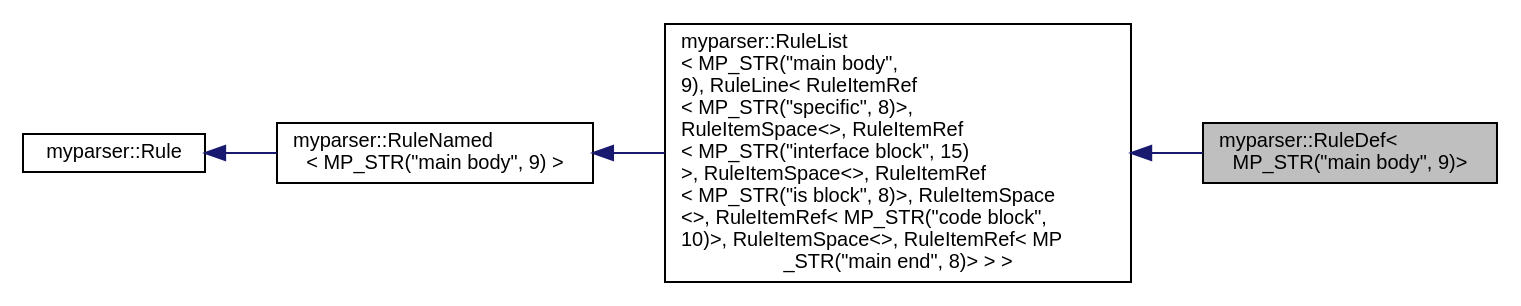
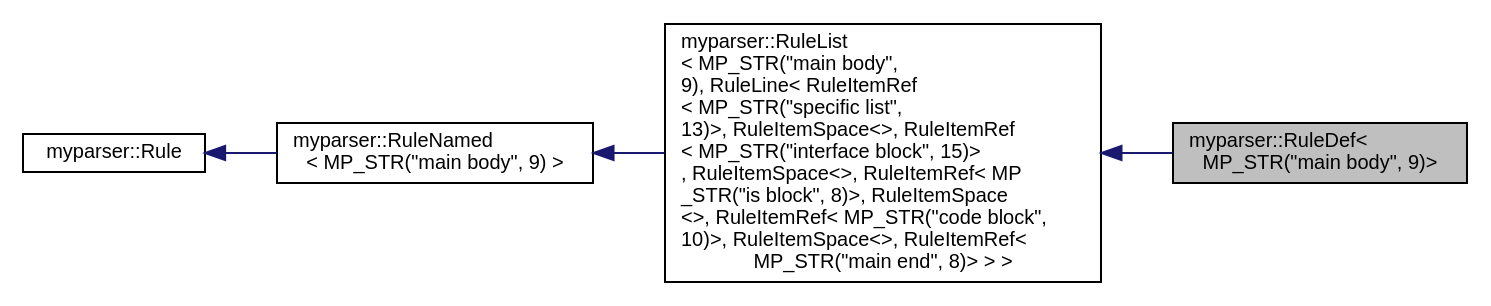
The diagram in classmyparser_1_1RuleDef_3_01MP__STR_07"main_01body"_00_019_08_4__inherit__graph.dot (gaocegege/CompilerLab), drawn with Graphviz before and after one commit. The commit also changed 675 other files, not shown here.

```diff
--- a/classmyparser_1_1RuleDef_3_01MP__STR_07"main_01body"_00_019_08_4__inherit__graph.dot
+++ b/classmyparser_1_1RuleDef_3_01MP__STR_07"main_01body"_00_019_08_4__inherit__graph.dot
@@ -1,13 +1,13 @@
 digraph "myparser::RuleDef&lt; MP_STR(&quot;main body&quot;, 9)&gt;"
 {
   edge [fontname="Helvetica",fontsize="10",labelfontname="Helvetica",labelfontsize="10"];
   node [fontname="Helvetica",fontsize="10",shape=record];
   rankdir="LR";
   Node1 [label="myparser::RuleDef\<\l MP_STR(\"main body\", 9)\>",height=0.2,width=0.4,color="black", fillcolor="grey75", style="filled" fontcolor="black"];
   Node2 -> Node1 [dir="back",color="midnightblue",fontsize="10",style="solid",fontname="Helvetica"];
-  Node2 [label="myparser::RuleList\l\< MP_STR(\"main body\",\l 9), RuleLine\< RuleItemRef\l\< MP_STR(\"specific\", 8)\>,\l RuleItemSpace\<\>, RuleItemRef\l\< MP_STR(\"interface block\", 15)\l\>, RuleItemSpace\<\>, RuleItemRef\l\< MP_STR(\"is block\", 8)\>, RuleItemSpace\l\<\>, RuleItemRef\< MP_STR(\"code block\",\l 10)\>, RuleItemSpace\<\>, RuleItemRef\< MP\l_STR(\"main end\", 8)\> \> \>",height=0.2,width=0.4,color="black", fillcolor="white", style="filled",URL="$classmyparser_1_1RuleList.html"];
+  Node2 [label="myparser::RuleList\l\< MP_STR(\"main body\",\l 9), RuleLine\< RuleItemRef\l\< MP_STR(\"specific list\",\l 13)\>, RuleItemSpace\<\>, RuleItemRef\l\< MP_STR(\"interface block\", 15)\>\l, RuleItemSpace\<\>, RuleItemRef\< MP\l_STR(\"is block\", 8)\>, RuleItemSpace\l\<\>, RuleItemRef\< MP_STR(\"code block\",\l 10)\>, RuleItemSpace\<\>, RuleItemRef\<\l MP_STR(\"main end\", 8)\> \> \>",height=0.2,width=0.4,color="black", fillcolor="white", style="filled",URL="$classmyparser_1_1RuleList.html"];
   Node3 -> Node2 [dir="back",color="midnightblue",fontsize="10",style="solid",fontname="Helvetica"];
   Node3 [label="myparser::RuleNamed\l\< MP_STR(\"main body\", 9) \>",height=0.2,width=0.4,color="black", fillcolor="white", style="filled",URL="$classmyparser_1_1RuleNamed.html"];
   Node4 -> Node3 [dir="back",color="midnightblue",fontsize="10",style="solid",fontname="Helvetica"];
   Node4 [label="myparser::Rule",height=0.2,width=0.4,color="black", fillcolor="white", style="filled",URL="$classmyparser_1_1Rule.html"];
 }
```
